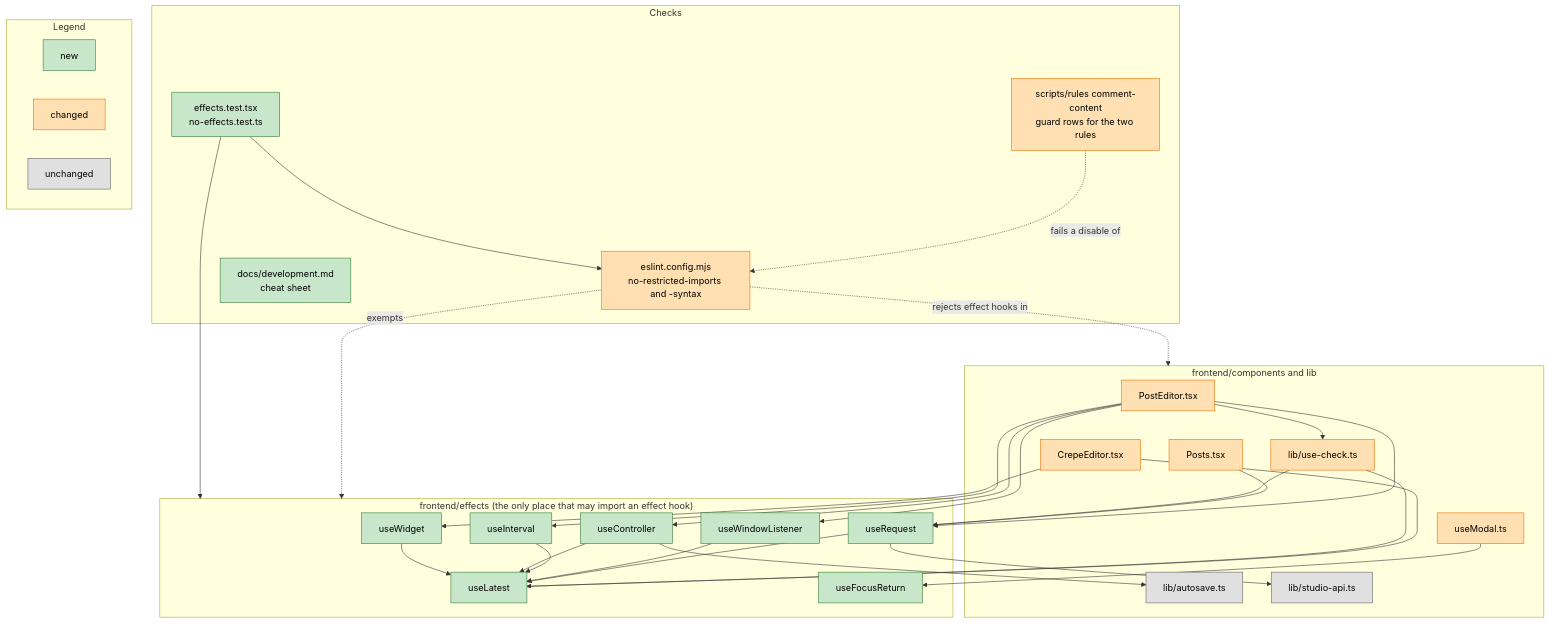
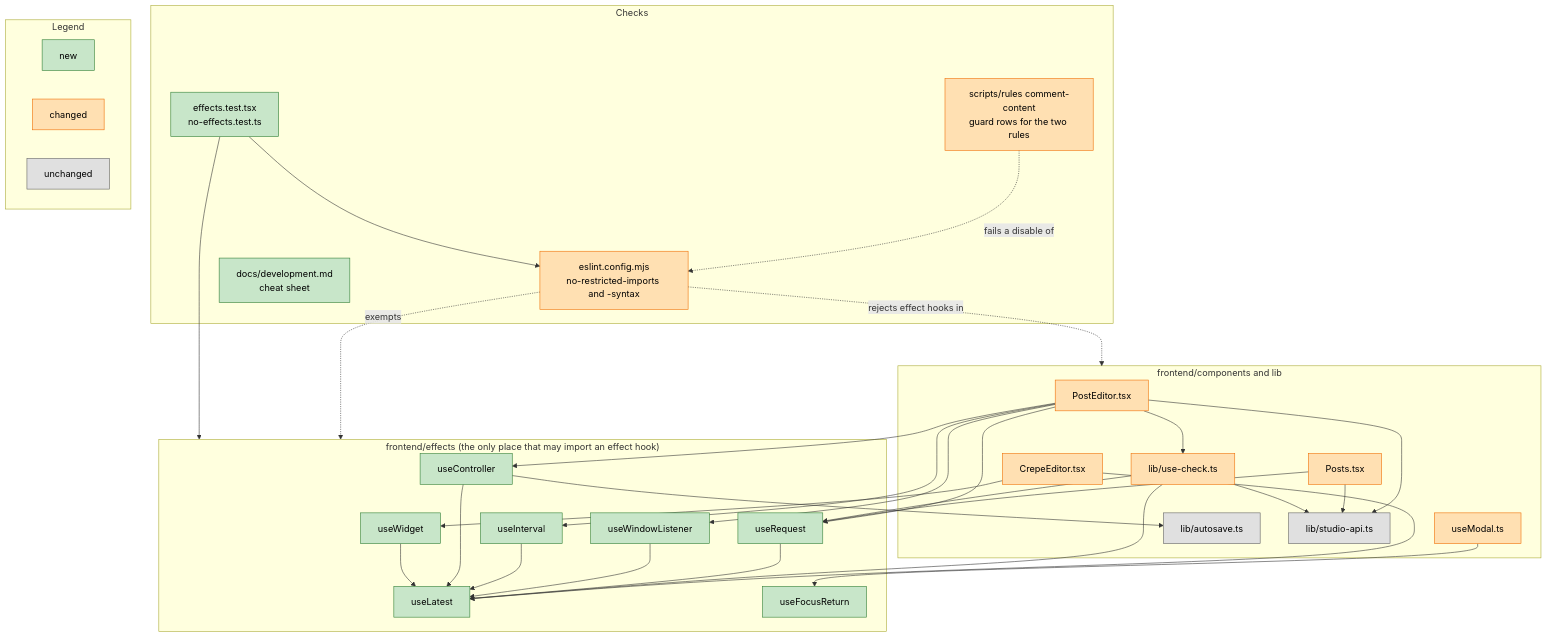
The diagram in docs/plans/diagrams/2026-11-22-no-use-effect.mmd (Fredheda/Personal-Blog-Studio), drawn with Mermaid before and after one commit. The commit also changed 2 other files, not shown here.

```diff
--- a/docs/plans/diagrams/2026-11-22-no-use-effect.mmd
+++ b/docs/plans/diagrams/2026-11-22-no-use-effect.mmd
@@ -1,61 +1,63 @@
 flowchart TB
   classDef new fill:#c8e6c9,stroke:#2e7d32,color:#000
   classDef changed fill:#ffe0b2,stroke:#ef6c00,color:#000
   classDef unchanged fill:#e0e0e0,stroke:#616161,color:#000
 
   subgraph components["frontend/components and lib"]
     editor["PostEditor.tsx"]:::changed
     crepe["CrepeEditor.tsx"]:::changed
     posts["Posts.tsx"]:::changed
     modal["useModal.ts"]:::changed
     check["lib/use-check.ts"]:::changed
     autosave["lib/autosave.ts"]:::unchanged
     api["lib/studio-api.ts"]:::unchanged
   end
 
   subgraph effects["frontend/effects (the only place that may import an effect hook)"]
     latest["useLatest"]:::new
     listener["useWindowListener"]:::new
     interval["useInterval"]:::new
     request["useRequest"]:::new
     controller["useController"]:::new
     widget["useWidget"]:::new
     focus["useFocusReturn"]:::new
   end
 
   subgraph checks["Checks"]
     lint["eslint.config.mjs<br/>no-restricted-imports and -syntax"]:::changed
     rule["scripts/rules comment-content<br/>guard rows for the two rules"]:::changed
     tests["effects.test.tsx<br/>no-effects.test.ts"]:::new
     docs["docs/development.md<br/>cheat sheet"]:::new
   end
 
   editor --> request
   editor --> interval
   editor --> controller
   editor --> listener
   editor --> check
   posts --> request
   crepe --> widget
   crepe --> latest
   modal --> focus
   check --> request
   check --> latest
   controller --> autosave
-  request --> api
+  editor --> api
+  posts --> api
+  check --> api
   request --> latest
   listener --> latest
   interval --> latest
   controller --> latest
   widget --> latest
   lint -. "exempts" .-> effects
   lint -. "rejects effect hooks in" .-> components
   rule -. "fails a disable of" .-> lint
   tests --> effects
   tests --> lint
 
   subgraph legend["Legend"]
     l1["new"]:::new
     l2["changed"]:::changed
     l3["unchanged"]:::unchanged
   end
```
